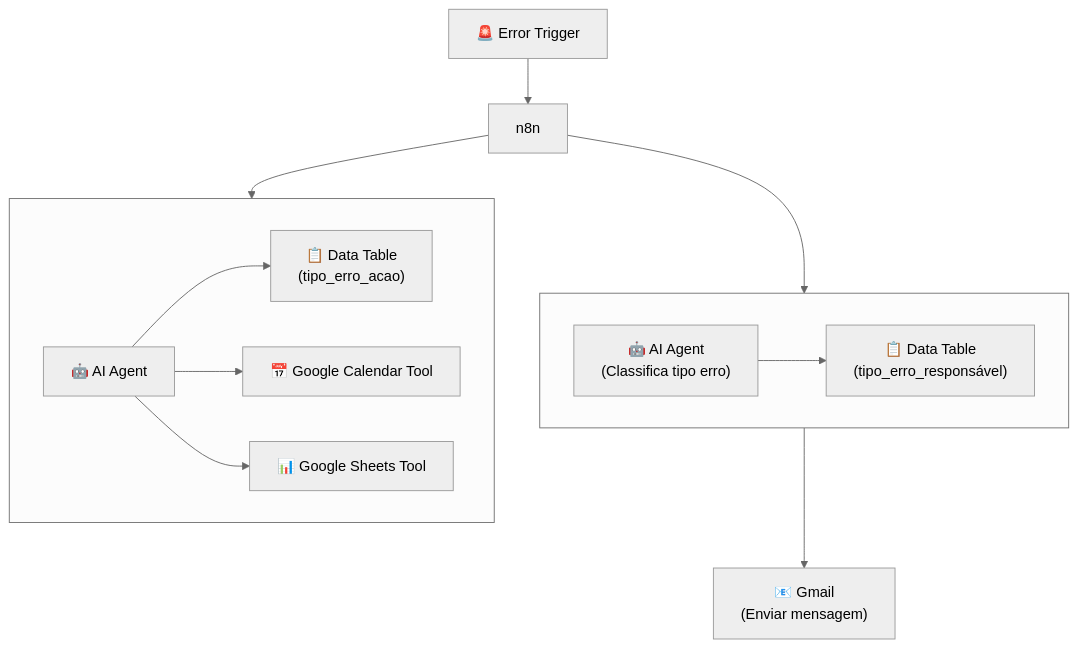
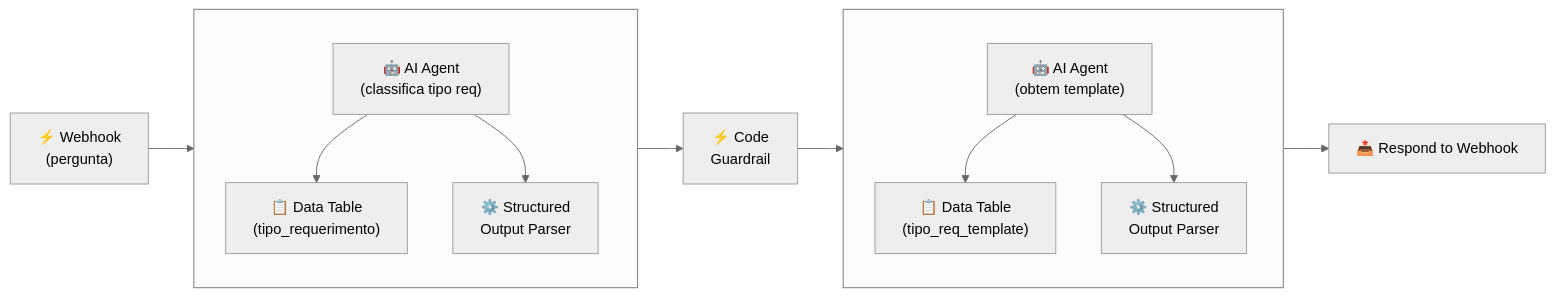
The diagram in pages/n8n/slide-etapa8.md (jcguimaraesnet/course-intelligent-agents), drawn with Mermaid (neutral theme) before and after one commit. The commit also changed other lines of this file, not shown here.

Commit message:
docs(n8n): adicionar node Code Guardrail e atualizar diagrama de live coding na etapa 8

````diff
--- a/pages/n8n/slide-etapa8.md
+++ b/pages/n8n/slide-etapa8.md
@@ -38,17 +19,17 @@
 ```mermaid {theme: 'dark'}
-flowchart TB
-    ET["🚨 Error Trigger"] --> N8N["n8n"]
+flowchart LR
+    ET["⚡ Webhook<br/>(pergunta)"] --> Sub1
     
-    N8N --> Sub1
     subgraph Sub1 [" "]
-        B1["🤖 AI Agent<br/>(Classifica tipo erro)"] --> DT1["📋 Data Table<br/>(tipo_erro_responsável)"]
+        B1["🤖 AI Agent<br/>(classifica tipo req)"] --> DT1["📋 Data Table<br/>(tipo_requerimento)"]
+        B1 --> SO1["⚙️ Structured<br/>Output Parser"]
     end
-    Sub1 --> GM["📧 Gmail<br/>(Enviar mensagem)"]
     
-    N8N --> Sub2
+    Sub1 --> CG["⚡ Code<br/>Guardrail"]
+    CG --> Sub2
     subgraph Sub2 [" "]
-        AG["🤖 AI Agent"] --> DT2["📋 Data Table<br/>(tipo_erro_acao)"]
-        AG --> GC["📅 Google Calendar Tool"]
-        AG --> GS["📊 Google Sheets Tool"]
+        AG["🤖 AI Agent<br/>(obtem template)"] --> DT2["📋 Data Table<br/>(tipo_req_template)"]
+        AG --> SO2["⚙️ Structured<br/>Output Parser"]
     end
+    Sub2 --> RW["📤 Respond to Webhook"]
 ```
````
